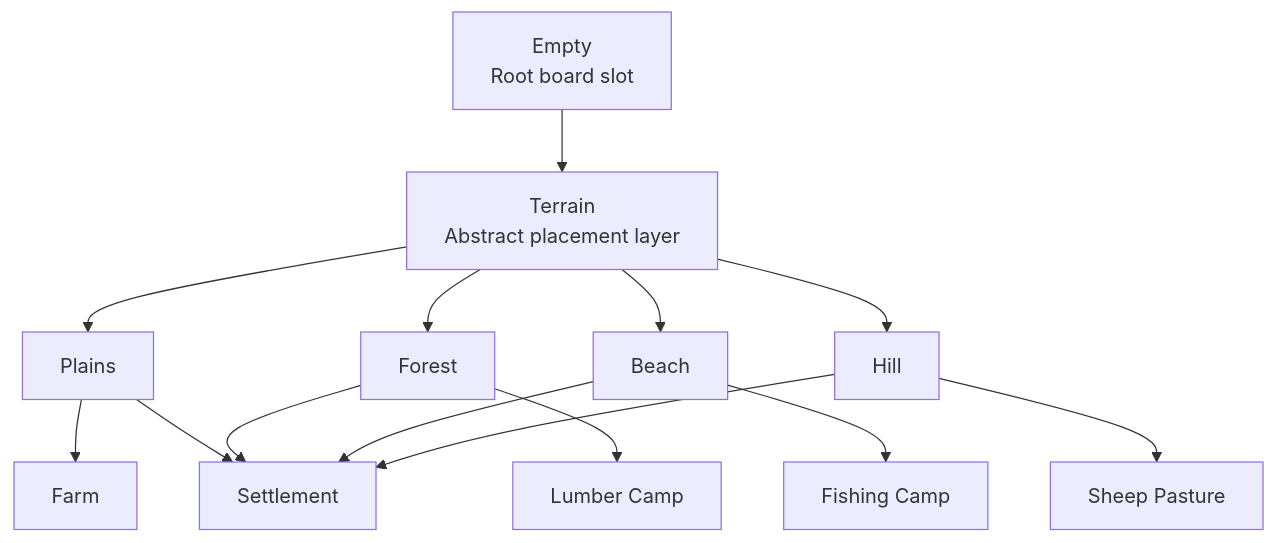
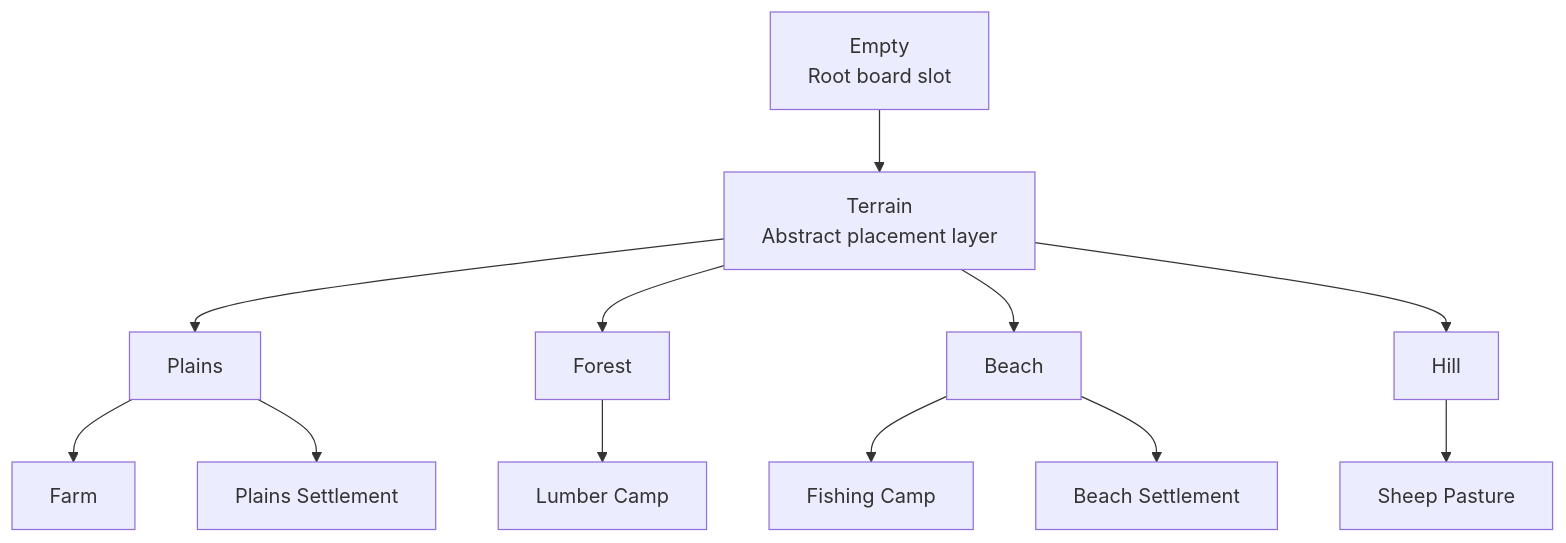
Before and after one commit to AJosephsen/gfxer: the diagram in StrategyGame/data-structure.md, drawn with Mermaid. The commit also changed other lines of this file, not shown here.

````diff
--- a/StrategyGame/data-structure.md
+++ b/StrategyGame/data-structure.md
@@ -31,17 +33,15 @@
 ```mermaid
 flowchart TD
     A[Empty\nRoot board slot] --> B[Terrain\nAbstract placement layer]
     B --> C[Plains]
     B --> D[Forest]
     B --> E[Beach]
     B --> F[Hill]
 
     C --> G[Farm]
-    C --> H[Settlement]
+    C --> H[Plains Settlement]
     D --> I[Lumber Camp]
-    D --> H
     E --> J[Fishing Camp]
-    E --> H
+    E --> L[Beach Settlement]
     F --> K[Sheep Pasture]
-    F --> H
 ```
````
